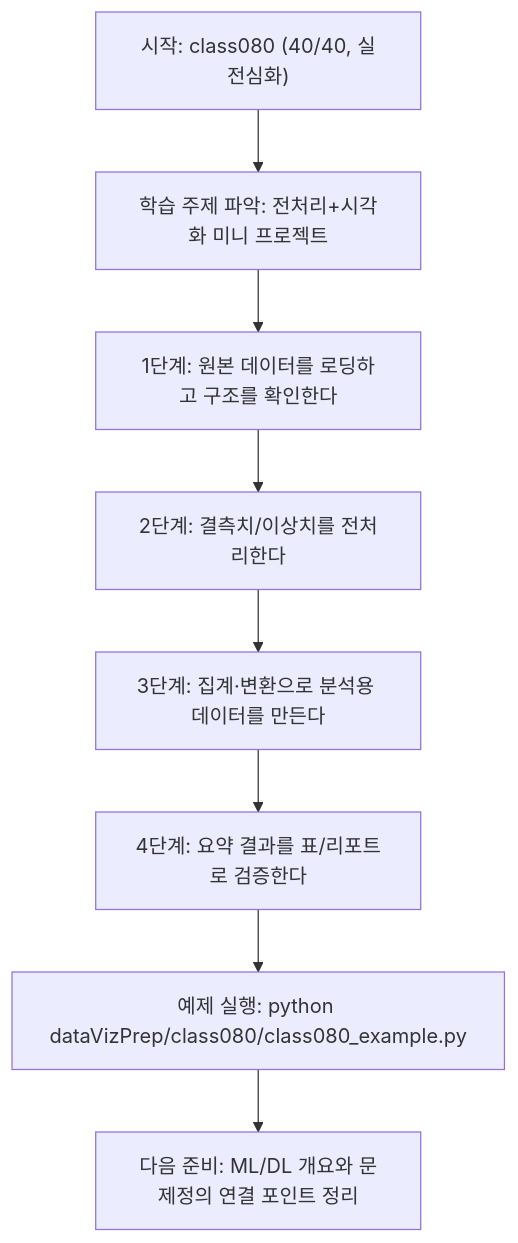
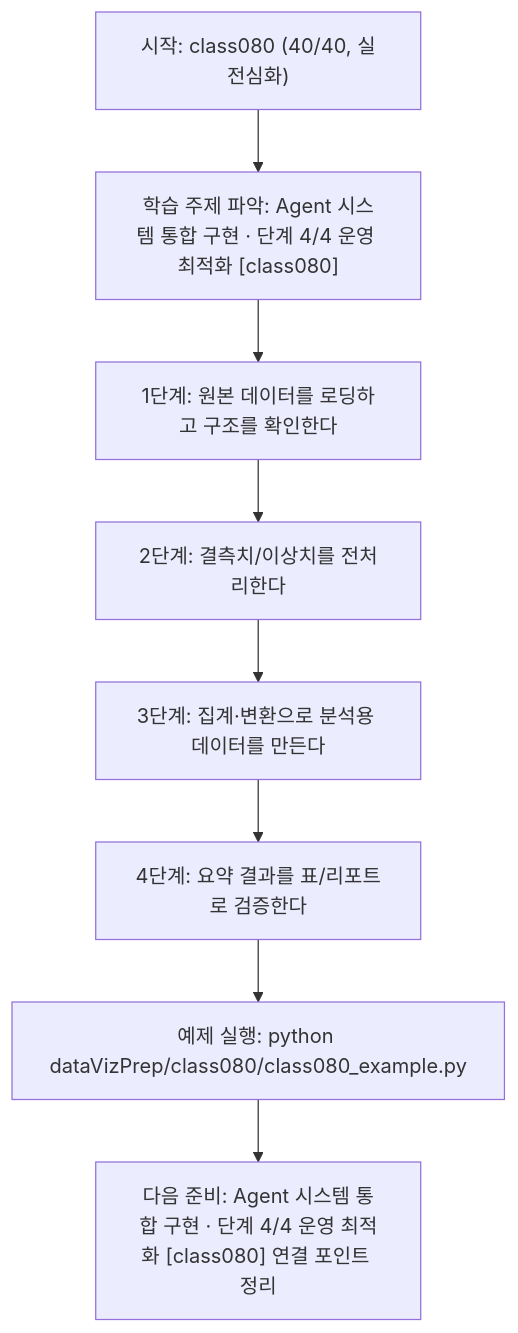
One commit to edumgt/Python-AI_Agent-Class changed the diagram in dataVizPrep/class080/class080.md. Above: the diagram before and after it, drawn with Mermaid. The commit also changed other lines of this file and 522 other files, not shown here.

````diff
--- a/dataVizPrep/class080/class080.md
+++ b/dataVizPrep/class080/class080.md
@@ -111,18 +112,18 @@
 ```mermaid
 flowchart TD
 N1["시작: class080 (40/40, 실전심화)"]
-N2["학습 주제 파악: 전처리+시각화 미니 프로젝트"]
+N2["학습 주제 파악: Agent 시스템 통합 구현 · 단계 4/4 운영 최적화 [class080]"]
 N3["1단계: 원본 데이터를 로딩하고 구조를 확인한다"]
 N4["2단계: 결측치/이상치를 전처리한다"]
 N5["3단계: 집계·변환으로 분석용 데이터를 만든다"]
 N6["4단계: 요약 결과를 표/리포트로 검증한다"]
 N7["예제 실행: python dataVizPrep/class080/class080_example.py"]
-N8["다음 준비: ML/DL 개요와 문제정의 연결 포인트 정리"]
+N8["다음 준비: Agent 시스템 통합 구현 · 단계 4/4 운영 최적화 [class080] 연결 포인트 정리"]
 N1 --> N2
 N2 --> N3
 N3 --> N4
 N4 --> N5
 N5 --> N6
 N6 --> N7
 N7 --> N8
 ```
````
